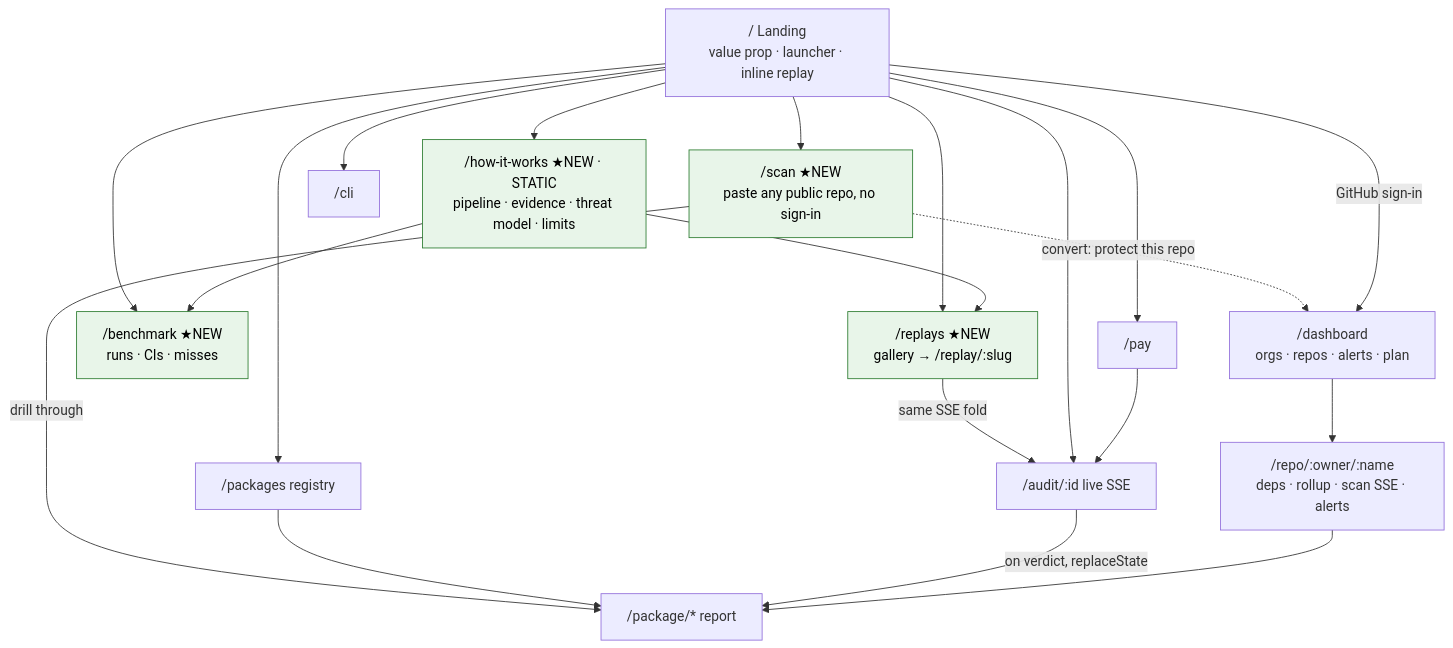
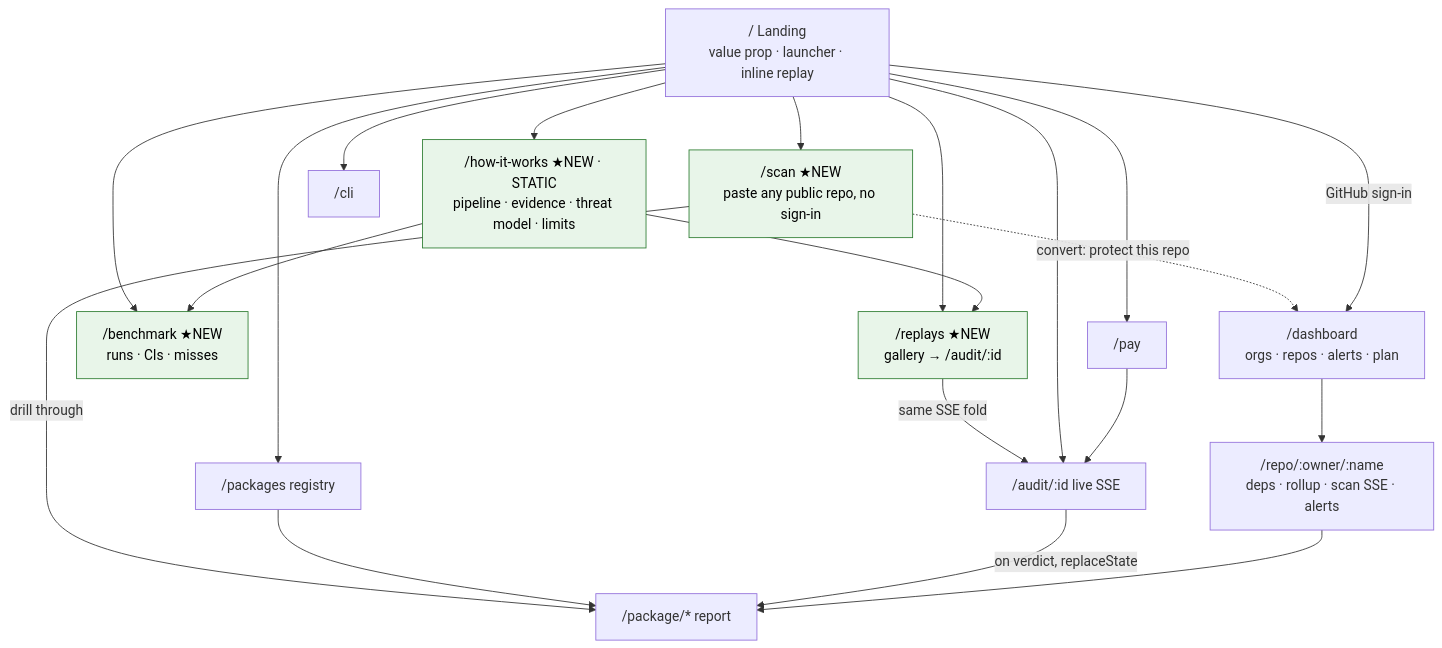
Before and after one commit to NpmGuard/NpmGuard: the ninth of 12 diagrams in docs/specs/2026-07-24-platform-v3-system-design.md, drawn with Mermaid. The commit also changed other lines of this file, not shown here.

````diff
--- a/docs/specs/2026-07-24-platform-v3-system-design.md
+++ b/docs/specs/2026-07-24-platform-v3-system-design.md
@@ -941,34 +980,34 @@
 ```mermaid
 flowchart TD
     ROOT["/ Landing<br/>value prop · launcher · inline replay"]
     HOW["/how-it-works ★NEW · STATIC<br/>pipeline · evidence · threat model · limits"]
-    REPLAY["/replays ★NEW<br/>gallery → /replay/:slug"]
+    REPLAY["/replays ★NEW<br/>gallery → /audit/:id"]
     SCAN["/scan ★NEW<br/>paste any public repo, no sign-in"]
     BENCH["/benchmark ★NEW<br/>runs · CIs · misses"]
     PKGS["/packages registry"]
     PKG["/package/* report"]
     AUDIT["/audit/:id live SSE"]
     CLI["/cli"]
     PAY["/pay"]
     DASH["/dashboard<br/>orgs · repos · alerts · plan"]
     REPO["/repo/:owner/:name<br/>deps · rollup · scan SSE · alerts"]
 
     ROOT --> HOW
     ROOT --> REPLAY -->|same SSE fold| AUDIT
     ROOT --> SCAN -->|drill through| PKG
     ROOT --> AUDIT
     ROOT --> PKGS --> PKG
     AUDIT -->|on verdict, replaceState| PKG
     ROOT --> BENCH
     HOW --> BENCH
     HOW --> REPLAY
     ROOT --> CLI
     ROOT --> PAY --> AUDIT
     SCAN -.->|"convert: protect this repo"| DASH
     ROOT -->|GitHub sign-in| DASH --> REPO --> PKG
 
     style HOW fill:#e8f5e9,stroke:#2e7d32,color:#000
     style BENCH fill:#e8f5e9,stroke:#2e7d32,color:#000
     style REPLAY fill:#e8f5e9,stroke:#2e7d32,color:#000
     style SCAN fill:#e8f5e9,stroke:#2e7d32,color:#000
 ```
````
